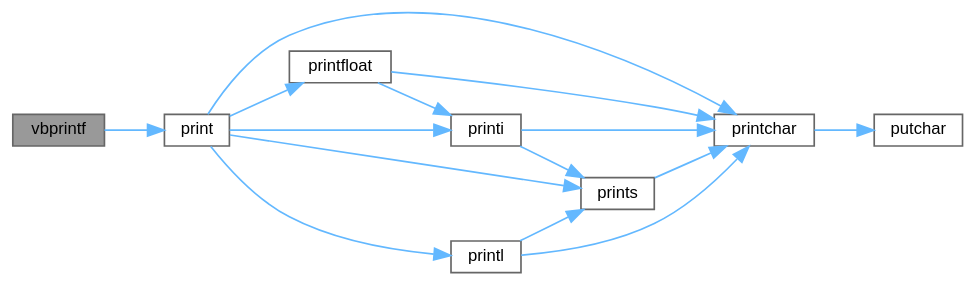
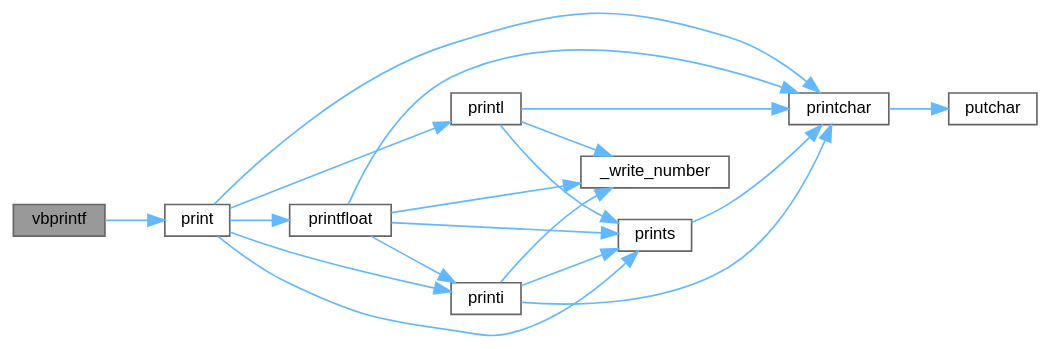
One commit to ebs-universe/piolib-printf changed the diagram in printf_8h_a65fa2c2b1fdeb49ee1d35b47be733d17_cgraph.dot. Above: the diagram before and after it, drawn with Graphviz. The commit also changed 131 other files, not shown here.

```diff
--- a/printf_8h_a65fa2c2b1fdeb49ee1d35b47be733d17_cgraph.dot
+++ b/printf_8h_a65fa2c2b1fdeb49ee1d35b47be733d17_cgraph.dot
@@ -1,31 +1,36 @@
 digraph "vbprintf"
 {
  // INTERACTIVE_SVG=YES
  // LATEX_PDF_SIZE
   bgcolor="transparent";
   edge [fontname=Helvetica,fontsize=10,labelfontname=Helvetica,labelfontsize=10];
   node [fontname=Helvetica,fontsize=10,shape=box,height=0.2,width=0.4];
   rankdir="LR";
   Node1 [id="Node000001",label="vbprintf",height=0.2,width=0.4,color="gray40", fillcolor="grey60", style="filled", fontcolor="black",tooltip=" "];
   Node1 -> Node2 [id="edge1_Node000001_Node000002",color="steelblue1",style="solid",tooltip=" "];
   Node2 [id="Node000002",label="print",height=0.2,width=0.4,color="grey40", fillcolor="white", style="filled",URL="$printf_8c.html#a5b328a8f32f082a641944307c97f9a34",tooltip=" "];
   Node2 -> Node3 [id="edge2_Node000002_Node000003",color="steelblue1",style="solid",tooltip=" "];
   Node3 [id="Node000003",label="printchar",height=0.2,width=0.4,color="grey40", fillcolor="white", style="filled",URL="$printf_8c.html#a467a00da8c720b8dddc7088e2805291c",tooltip=" "];
   Node3 -> Node4 [id="edge3_Node000003_Node000004",color="steelblue1",style="solid",tooltip=" "];
   Node4 [id="Node000004",label="putchar",height=0.2,width=0.4,color="grey40", fillcolor="white", style="filled",URL="$printf_8c.html#af4de2514b7778805db3815e8dd6cf09a",tooltip=" "];
   Node2 -> Node5 [id="edge4_Node000002_Node000005",color="steelblue1",style="solid",tooltip=" "];
   Node5 [id="Node000005",label="printfloat",height=0.2,width=0.4,color="grey40", fillcolor="white", style="filled",URL="$printf_8c.html#a2c37f08c54b3dc54d13030c62cba67a7",tooltip=" "];
-  Node5 -> Node3 [id="edge5_Node000005_Node000003",color="steelblue1",style="solid",tooltip=" "];
-  Node5 -> Node6 [id="edge6_Node000005_Node000006",color="steelblue1",style="solid",tooltip=" "];
-  Node6 [id="Node000006",label="printi",height=0.2,width=0.4,color="grey40", fillcolor="white", style="filled",URL="$printf_8c.html#ad9c642f8af1fe47d03e648b146da3b8d",tooltip=" "];
-  Node6 -> Node3 [id="edge7_Node000006_Node000003",color="steelblue1",style="solid",tooltip=" "];
-  Node6 -> Node7 [id="edge8_Node000006_Node000007",color="steelblue1",style="solid",tooltip=" "];
-  Node7 [id="Node000007",label="prints",height=0.2,width=0.4,color="grey40", fillcolor="white", style="filled",URL="$printf_8c.html#a6ce76a789a6153b7e1b16bc3a6969563",tooltip=" "];
+  Node5 -> Node6 [id="edge5_Node000005_Node000006",color="steelblue1",style="solid",tooltip=" "];
+  Node6 [id="Node000006",label="_write_number",height=0.2,width=0.4,color="grey40", fillcolor="white", style="filled",URL="$printf_8c.html#a81ec43c10454c3c5036f9876f067d219",tooltip=" "];
+  Node5 -> Node3 [id="edge6_Node000005_Node000003",color="steelblue1",style="solid",tooltip=" "];
+  Node5 -> Node7 [id="edge7_Node000005_Node000007",color="steelblue1",style="solid",tooltip=" "];
+  Node7 [id="Node000007",label="printi",height=0.2,width=0.4,color="grey40", fillcolor="white", style="filled",URL="$printf_8c.html#ad9c642f8af1fe47d03e648b146da3b8d",tooltip=" "];
+  Node7 -> Node6 [id="edge8_Node000007_Node000006",color="steelblue1",style="solid",tooltip=" "];
   Node7 -> Node3 [id="edge9_Node000007_Node000003",color="steelblue1",style="solid",tooltip=" "];
-  Node2 -> Node6 [id="edge10_Node000002_Node000006",color="steelblue1",style="solid",tooltip=" "];
-  Node2 -> Node8 [id="edge11_Node000002_Node000008",color="steelblue1",style="solid",tooltip=" "];
-  Node8 [id="Node000008",label="printl",height=0.2,width=0.4,color="grey40", fillcolor="white", style="filled",URL="$printf_8c.html#a700fcb0af9d5d9311fe8a86380747db7",tooltip=" "];
-  Node8 -> Node3 [id="edge12_Node000008_Node000003",color="steelblue1",style="solid",tooltip=" "];
-  Node8 -> Node7 [id="edge13_Node000008_Node000007",color="steelblue1",style="solid",tooltip=" "];
-  Node2 -> Node7 [id="edge14_Node000002_Node000007",color="steelblue1",style="solid",tooltip=" "];
+  Node7 -> Node8 [id="edge10_Node000007_Node000008",color="steelblue1",style="solid",tooltip=" "];
+  Node8 [id="Node000008",label="prints",height=0.2,width=0.4,color="grey40", fillcolor="white", style="filled",URL="$printf_8c.html#a6ce76a789a6153b7e1b16bc3a6969563",tooltip=" "];
+  Node8 -> Node3 [id="edge11_Node000008_Node000003",color="steelblue1",style="solid",tooltip=" "];
+  Node5 -> Node8 [id="edge12_Node000005_Node000008",color="steelblue1",style="solid",tooltip=" "];
+  Node2 -> Node7 [id="edge13_Node000002_Node000007",color="steelblue1",style="solid",tooltip=" "];
+  Node2 -> Node9 [id="edge14_Node000002_Node000009",color="steelblue1",style="solid",tooltip=" "];
+  Node9 [id="Node000009",label="printl",height=0.2,width=0.4,color="grey40", fillcolor="white", style="filled",URL="$printf_8c.html#a700fcb0af9d5d9311fe8a86380747db7",tooltip=" "];
+  Node9 -> Node6 [id="edge15_Node000009_Node000006",color="steelblue1",style="solid",tooltip=" "];
+  Node9 -> Node3 [id="edge16_Node000009_Node000003",color="steelblue1",style="solid",tooltip=" "];
+  Node9 -> Node8 [id="edge17_Node000009_Node000008",color="steelblue1",style="solid",tooltip=" "];
+  Node2 -> Node8 [id="edge18_Node000002_Node000008",color="steelblue1",style="solid",tooltip=" "];
 }
```
